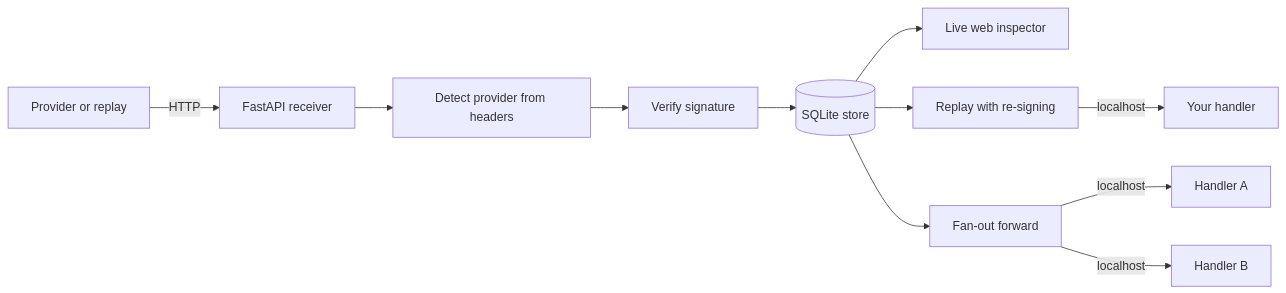
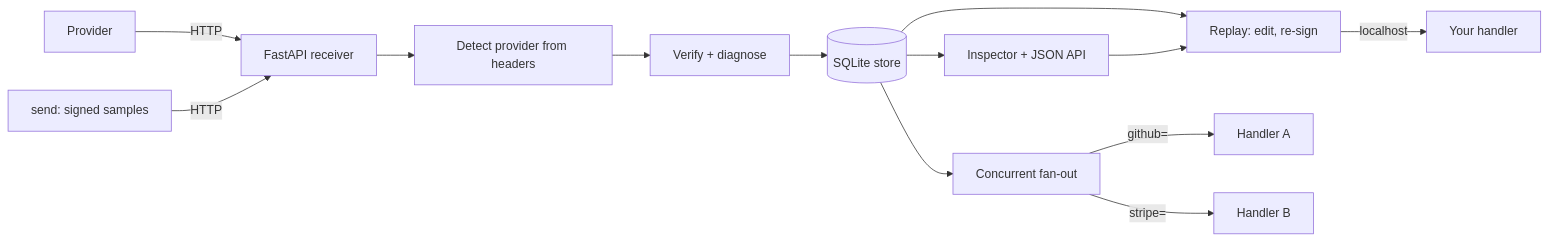
Before and after one commit to AleBrito124356/webhook-toolkit: the diagram in README.md, drawn with Mermaid. The commit also changed other lines of this file and 21 other files, not shown here.

````diff
--- a/README.md
+++ b/README.md
@@ -34,13 +40,15 @@
 ```mermaid
 flowchart LR
-    P[Provider or replay] -->|HTTP| R[FastAPI receiver]
+    P[Provider] -->|HTTP| R[FastAPI receiver]
+    SIM[send: signed samples] -->|HTTP| R
     R --> D[Detect provider from headers]
-    D --> V[Verify signature]
+    D --> V[Verify + diagnose]
     V --> S[(SQLite store)]
-    S --> I[Live web inspector]
-    S --> RP[Replay with re-signing]
-    S --> F[Fan-out forward]
+    S --> I[Inspector + JSON API]
+    S --> RP[Replay: edit, re-sign]
+    I --> RP
+    S --> F[Concurrent fan-out]
     RP -->|localhost| H1[Your handler]
-    F -->|localhost| H2[Handler A]
-    F -->|localhost| H3[Handler B]
+    F -->|github=| H2[Handler A]
+    F -->|stripe=| H3[Handler B]
 ```
````
